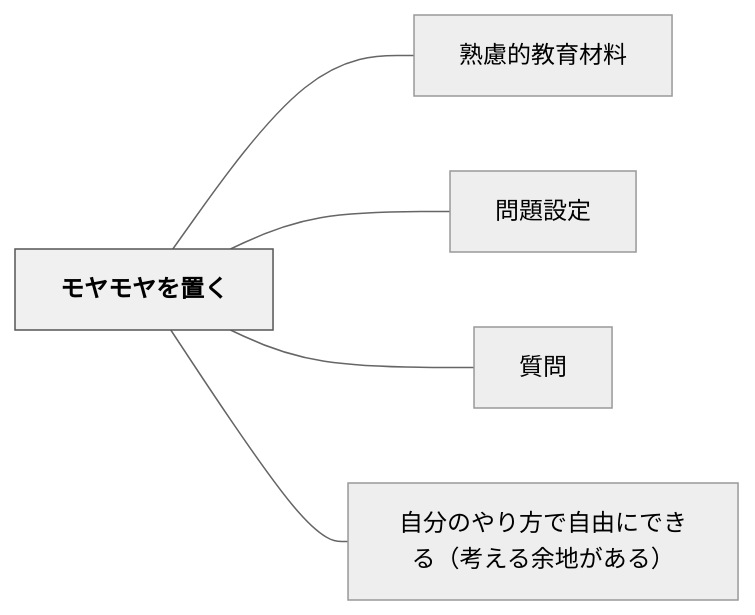
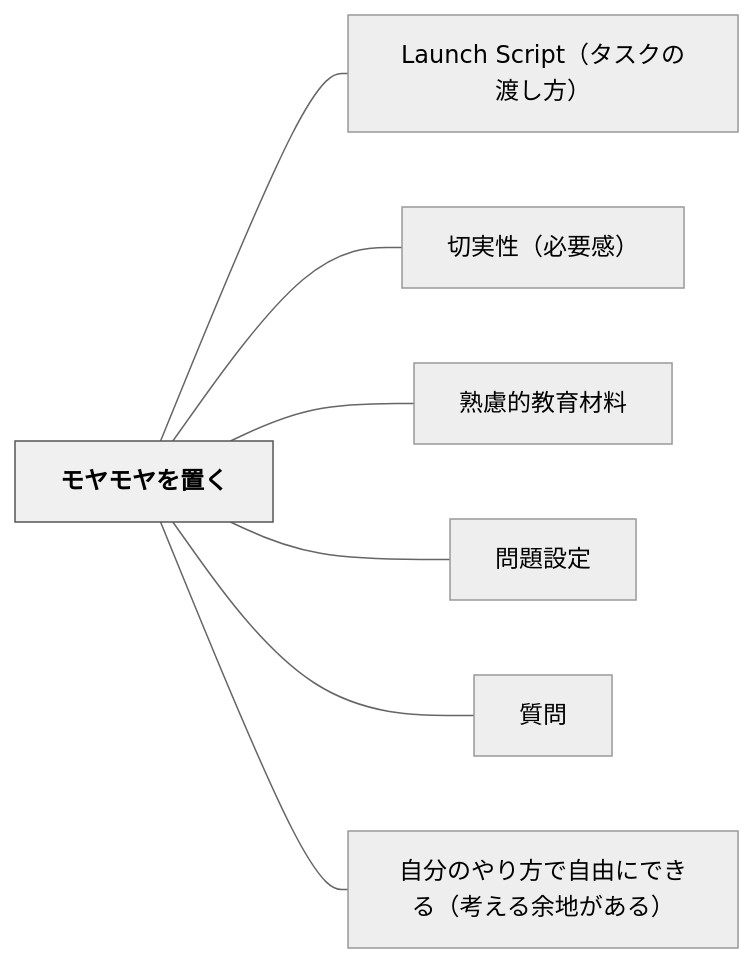
The diagram in content/パタン/モヤモヤを置く.md (unknownthings-ed-patterns/unknownthings-ed-patterns), drawn with Mermaid (neutral theme) before and after one commit. The commit also changed other lines of this file and 473 other files, not shown here.

````diff
--- a/content/パタン/モヤモヤを置く.md
+++ b/content/パタン/モヤモヤを置く.md
@@ -45,16 +47,20 @@
 ```mermaid
 flowchart LR
     ne383a2e383a4["モヤモヤを置く"]
+    n4c61756e6368["Launch Script（タスクの渡し方）"]
+    ne58887e5ae9f["切実性（必要感）"]
     ne7869fe685ae["熟慮的教育材料"]
     ne5958fe9a18c["問題設定"]
     ne8b3aae5958f["質問"]
     ne887aae58886["自分のやり方で自由にできる（考える余地がある）"]
 
+    ne383a2e383a4 --- n4c61756e6368
+    ne383a2e383a4 --- ne58887e5ae9f
     ne383a2e383a4 --- ne7869fe685ae
     ne383a2e383a4 --- ne5958fe9a18c
     ne383a2e383a4 --- ne8b3aae5958f
     ne383a2e383a4 --- ne887aae58886
 
     classDef hub fill:#f0f0f0,stroke:#555,color:#000,font-weight:bold
     class ne383a2e383a4 hub
 ```
````
